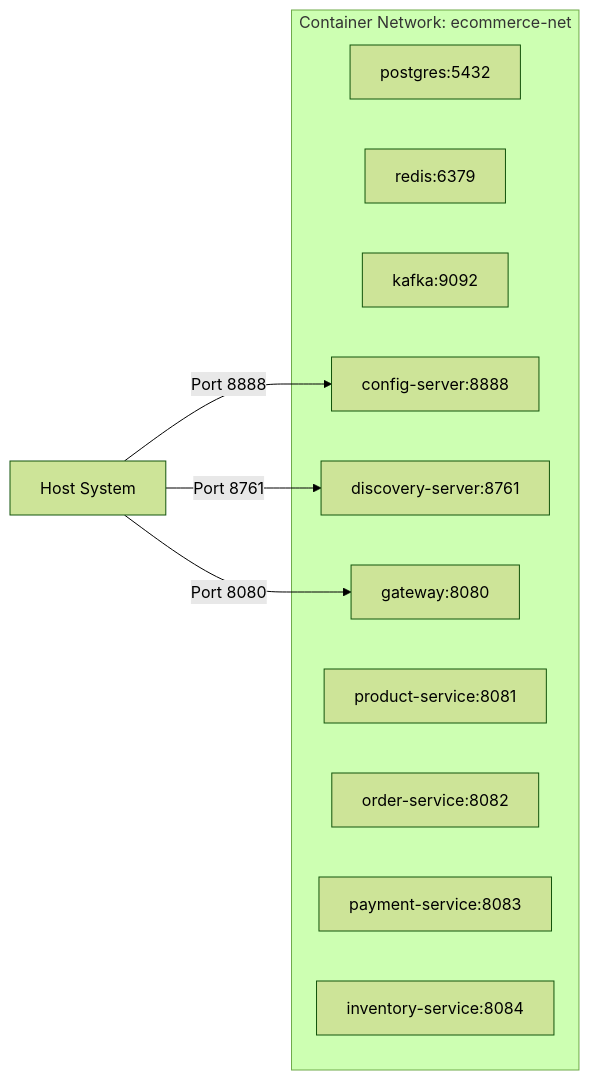
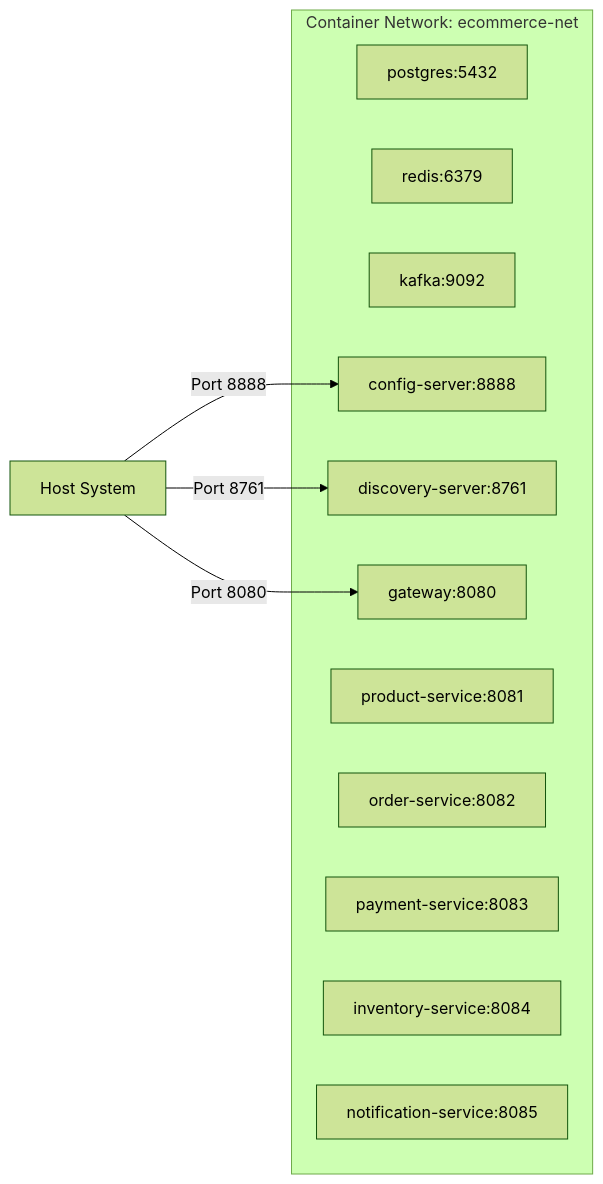
Before and after one commit to M7mdselim/Ecommerce-Project: the second of 3 diagrams in README.md, drawn with Mermaid (forest theme). The commit also changed other lines of this file and 28 other files, not shown here.

Commit message:
feat(sessions-13-16): Notification Service, CI/CD, ArgoCD GitOps, K8s, and Helm Chart

````diff
--- a/README.md
+++ b/README.md
@@ -69,19 +73,20 @@
 ```mermaid
 graph LR
     subgraph Container Network: ecommerce-net
         node_postgres[postgres:5432]
         node_redis[redis:6379]
         node_kafka[kafka:9092]
         node_config[config-server:8888]
         node_discovery[discovery-server:8761]
         node_gateway[gateway:8080]
         node_product[product-service:8081]
         node_order[order-service:8082]
         node_payment[payment-service:8083]
         node_inventory[inventory-service:8084]
+        node_notification[notification-service:8085]
     end
 
     Host[Host System] -->|Port 8080| node_gateway
     Host -->|Port 8761| node_discovery
     Host -->|Port 8888| node_config
 ```
````
